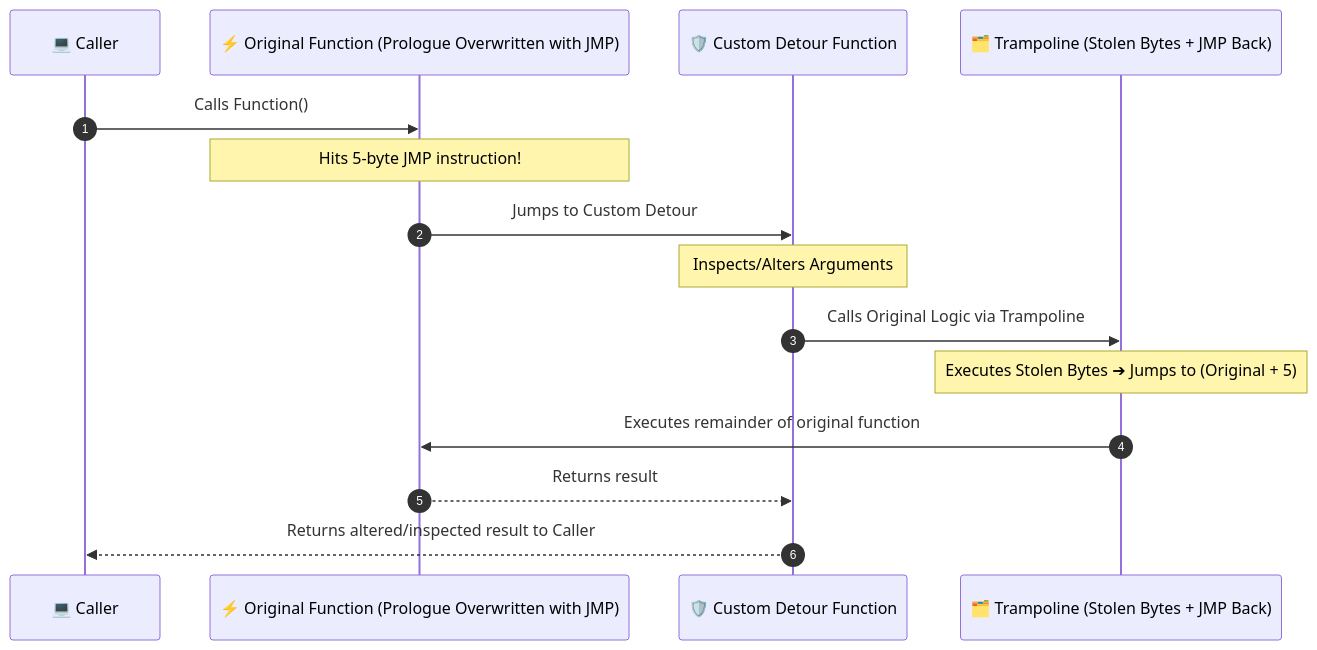
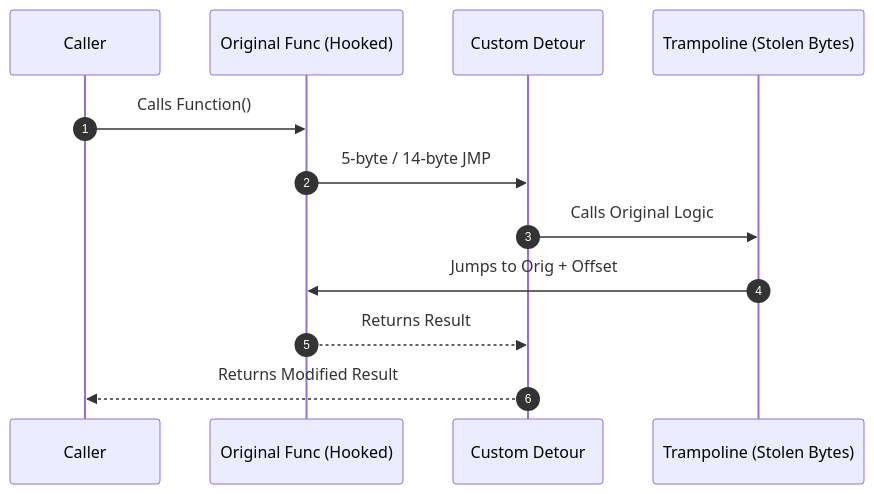
Before and after one commit to DaddyZyn/Cyber-security-notes: the fifth of 6 diagrams in topics/18-process-manipulation-and-hooking-mechanics/README.md, drawn with Mermaid. The commit also changed other lines of this file and 19 other files, not shown here.

Commit message:
fix: overhaul all Mermaid diagrams with clean vertical layouts and short line-wrapping to prevent GitHub clipping

````diff
--- a/topics/18-process-manipulation-and-hooking-mechanics/README.md
+++ b/topics/18-process-manipulation-and-hooking-mechanics/README.md
@@ -161,18 +155,15 @@
 ```mermaid
 sequenceDiagram
     autonumber
-    participant Caller as 💻 Caller
-    participant Original as ⚡ Original Function (Prologue Overwritten with JMP)
-    participant Detour as 🛡️ Custom Detour Function
-    participant Trampoline as 🗂️ Trampoline (Stolen Bytes + JMP Back)
+    participant Caller as Caller
+    participant Orig as Original Func (Hooked)
+    participant Detour as Custom Detour
+    participant Tramp as Trampoline (Stolen Bytes)
 
-    Caller->>Original: Calls Function()
-    Note over Original: Hits 5-byte JMP instruction!
-    Original->>Detour: Jumps to Custom Detour
-    Note over Detour: Inspects/Alters Arguments
-    Detour->>Trampoline: Calls Original Logic via Trampoline
-    Note over Trampoline: Executes Stolen Bytes ➔ Jumps to (Original + 5)
-    Trampoline->>Original: Executes remainder of original function
-    Original-->>Detour: Returns result
-    Detour-->>Caller: Returns altered/inspected result to Caller
+    Caller->>Orig: Calls Function()
+    Orig->>Detour: 5-byte / 14-byte JMP
+    Detour->>Tramp: Calls Original Logic
+    Tramp->>Orig: Jumps to Orig + Offset
+    Orig-->>Detour: Returns Result
+    Detour-->>Caller: Returns Modified Result
 ```
````
